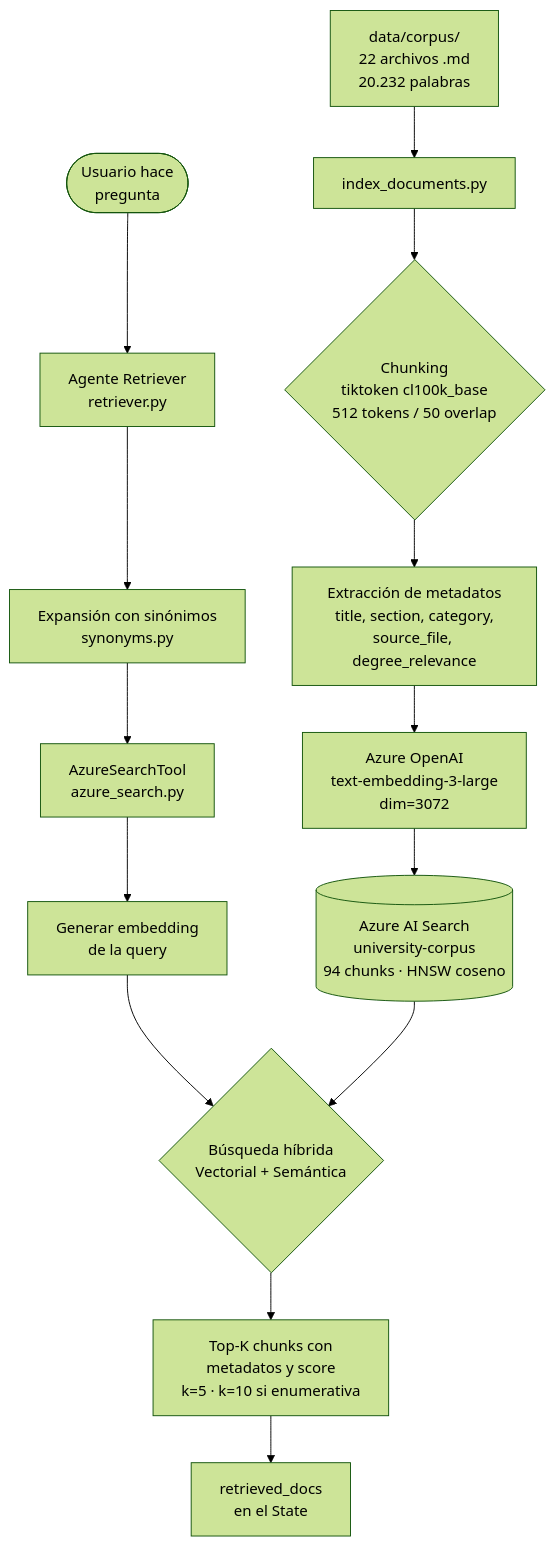
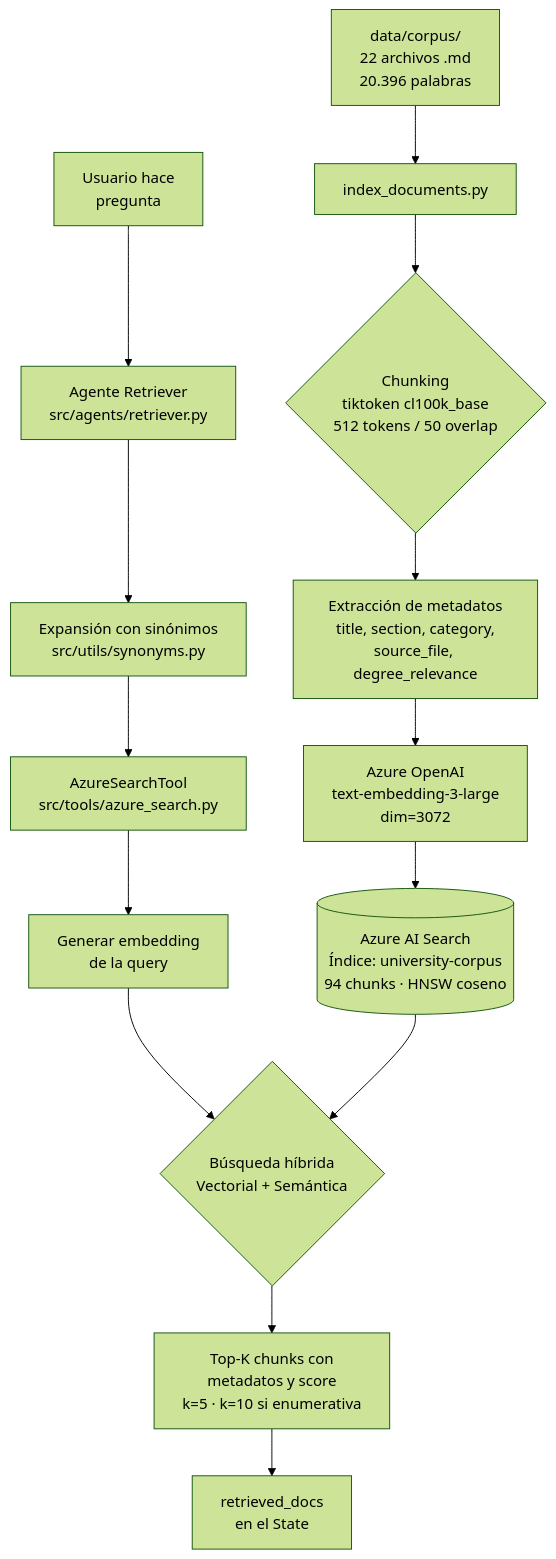
Before and after one commit to efeluxy/tfg-rag-university: the diagram in docs/diagrams/data_architecture.md, drawn with Mermaid (forest theme). The commit also changed other lines of this file, not shown here.

````diff
--- a/docs/diagrams/data_architecture.md
+++ b/docs/diagrams/data_architecture.md
@@ -4,17 +4,17 @@
 ```mermaid
 flowchart TD
-    A[data/corpus/<br/>22 archivos .md<br/>20.232 palabras] --> B[index_documents.py]
+    A[data/corpus/<br/>22 archivos .md<br/>20.396 palabras] --> B[index_documents.py]
     B --> C{Chunking<br/>tiktoken cl100k_base<br/>512 tokens / 50 overlap}
     C --> D[Extracción de metadatos<br/>title, section, category,<br/>source_file, degree_relevance]
     D --> E[Azure OpenAI<br/>text-embedding-3-large<br/>dim=3072]
-    E --> F[(Azure AI Search<br/>university-corpus<br/>94 chunks · HNSW coseno)]
-
-    G([Usuario hace<br/>pregunta]) --> H[Agente Retriever<br/>retriever.py]
-    H --> I[Expansión con sinónimos<br/>synonyms.py]
-    I --> J[AzureSearchTool<br/>azure_search.py]
+    E --> F[(Azure AI Search<br/>Índice: university-corpus<br/>94 chunks · HNSW coseno)]
+ 
+    G[Usuario hace<br/>pregunta] --> H[Agente Retriever<br/>src/agents/retriever.py]
+    H --> I[Expansión con sinónimos<br/>src/utils/synonyms.py]
+    I --> J[AzureSearchTool<br/>src/tools/azure_search.py]
     J --> K[Generar embedding<br/>de la query]
     K --> L{Búsqueda híbrida<br/>Vectorial + Semántica}
     F --> L
     L --> M[Top-K chunks con<br/>metadatos y score<br/>k=5 · k=10 si enumerativa]
     M --> N[retrieved_docs<br/>en el State]
 ```
````
